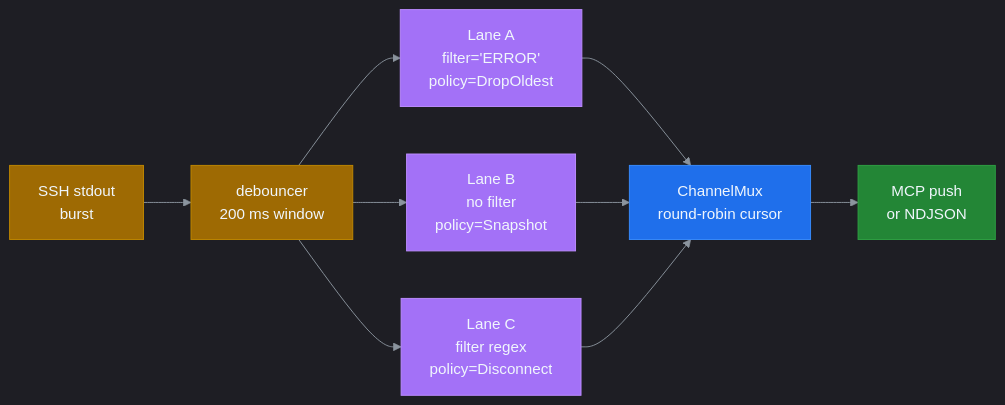
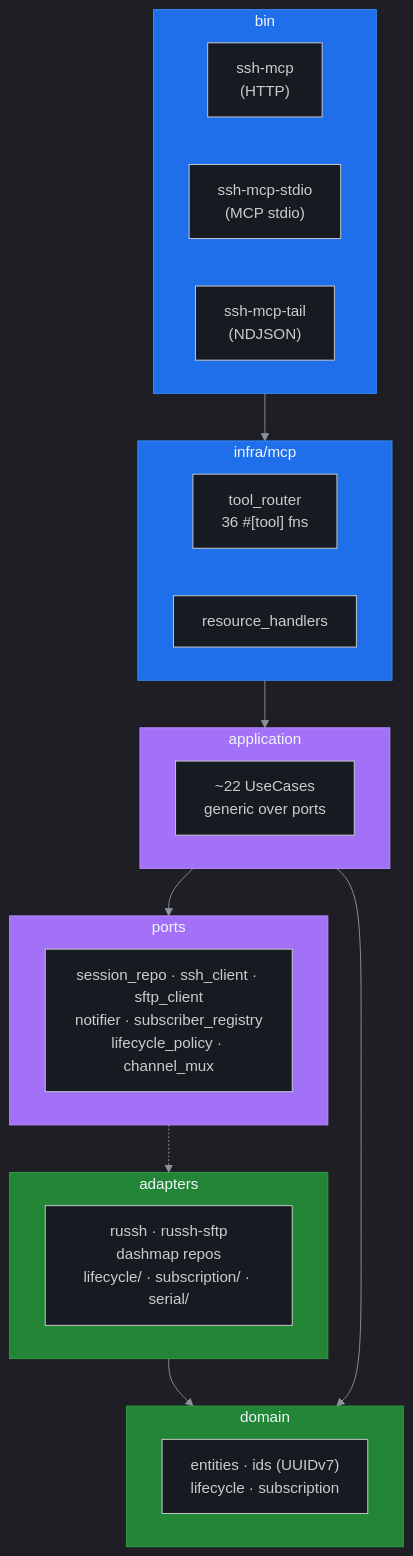
The second of 2 diagrams in README.md (farchanjo/ssh-mcp), drawn with Mermaid before and after one commit. The commit also changed other lines of this file, not shown here.

````diff
--- a/README.md
+++ b/README.md
@@ -191,29 +162,36 @@
 ```mermaid
-%%{init: {'theme':'dark','themeVariables':{'primaryColor':'#1f6feb','primaryTextColor':'#f0f6fc','primaryBorderColor':'#388bfd','lineColor':'#8b949e','secondaryColor':'#161b22','tertiaryColor':'#21262d','background':'#0d1117','mainBkg':'#161b22','secondBkg':'#21262d','tertiaryBkg':'#0d1117','nodeTextColor':'#f0f6fc','edgeLabelBackground':'#21262d','clusterBkg':'#161b22','clusterBorder':'#30363d','titleColor':'#f0f6fc'}}}%%
-flowchart LR
-    SRC["SSH stdout<br/>burst"]
-    DEB["debouncer<br/>200 ms window"]
-    LA["Lane A<br/>filter='ERROR'<br/>policy=DropOldest"]
-    LB["Lane B<br/>no filter<br/>policy=Snapshot"]
-    LC["Lane C<br/>filter regex<br/>policy=Disconnect"]
-    MUX["ChannelMux<br/>round-robin cursor"]
-    OUT["MCP push<br/>or NDJSON"]
+%%{init: {'theme':'dark','themeVariables':{'primaryColor':'#1f6feb','primaryTextColor':'#f0f6fc','primaryBorderColor':'#388bfd','lineColor':'#8b949e','background':'#0d1117','mainBkg':'#161b22','clusterBkg':'#161b22','clusterBorder':'#30363d'}}}%%
+flowchart TB
+    subgraph BIN["bin"]
+        HTTP["ssh-mcp<br/>(HTTP)"]
+        STDIO["ssh-mcp-stdio<br/>(MCP stdio)"]
+        TAIL["ssh-mcp-tail<br/>(NDJSON)"]
+    end
+    subgraph INFRA["infra/mcp"]
+        TR["tool_router<br/>36 #[tool] fns"]
+        RES["resource_handlers"]
+    end
+    subgraph APP["application"]
+        UC["~22 UseCases<br/>generic over ports"]
+    end
+    subgraph PORTS["ports"]
+        P["session_repo · ssh_client · sftp_client<br/>notifier · subscriber_registry<br/>lifecycle_policy · channel_mux"]
+    end
+    subgraph ADAPT["adapters"]
+        A["russh · russh-sftp<br/>dashmap repos<br/>lifecycle/ · subscription/ · serial/"]
+    end
+    subgraph DOM["domain"]
+        D["entities · ids (UUIDv7)<br/>lifecycle · subscription"]
+    end
 
-    SRC --> DEB
-    DEB --> LA
-    DEB --> LB
-    DEB --> LC
-    LA --> MUX
-    LB --> MUX
-    LC --> MUX
-    MUX --> OUT
+    BIN --> INFRA --> APP --> PORTS
+    PORTS -.-> ADAPT --> DOM
+    APP --> DOM
 
-    classDef src fill:#9e6a03,color:#f0f6fc,stroke:#bf8700
-    classDef lane fill:#a371f7,color:#f0f6fc,stroke:#bc8cff
-    classDef rt fill:#1f6feb,color:#f0f6fc,stroke:#388bfd
-    classDef sink fill:#238636,color:#f0f6fc,stroke:#2ea043
-    class SRC,DEB src
-    class LA,LB,LC lane
-    class MUX rt
-    class OUT sink
+    classDef l fill:#1f6feb,color:#f0f6fc,stroke:#388bfd
+    classDef m fill:#a371f7,color:#f0f6fc,stroke:#bc8cff
+    classDef g fill:#238636,color:#f0f6fc,stroke:#2ea043
+    class BIN,INFRA l
+    class APP,PORTS m
+    class ADAPT,DOM g
 ```
````
